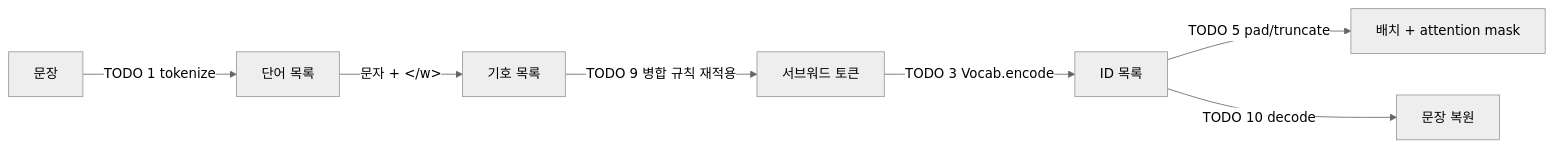
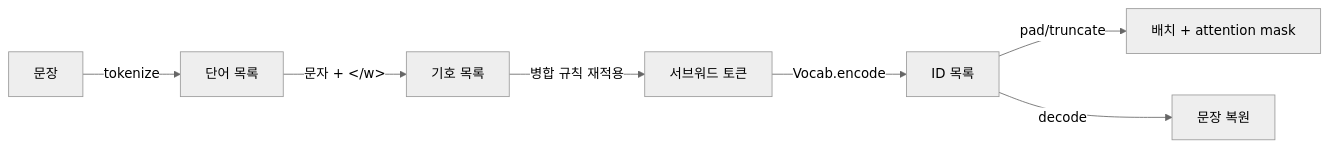
Before and after one commit to TD-Kim/ai-engineering-lab: the diagram in part1_ai_fundamentals/tokenizer/advanced/README.md, drawn with Mermaid (neutral theme). The commit also changed other lines of this file and 15 other files, not shown here.

````diff
--- a/part1_ai_fundamentals/tokenizer/advanced/README.md
+++ b/part1_ai_fundamentals/tokenizer/advanced/README.md
@@ -57,9 +56,9 @@
 ```mermaid
 flowchart LR
-    T[문장] -->|TODO 1 tokenize| W[단어 목록]
+    T[문장] -->|tokenize| W[단어 목록]
     W -->|문자 + &lt;/w&gt;| S[기호 목록]
-    S -->|TODO 9 병합 규칙 재적용| SW[서브워드 토큰]
-    SW -->|TODO 3 Vocab.encode| ID[ID 목록]
-    ID -->|TODO 5 pad/truncate| B[배치 + attention mask]
-    ID -->|TODO 10 decode| T2[문장 복원]
+    S -->|병합 규칙 재적용| SW[서브워드 토큰]
+    SW -->|Vocab.encode| ID[ID 목록]
+    ID -->|pad/truncate| B[배치 + attention mask]
+    ID -->|decode| T2[문장 복원]
 ```
````
